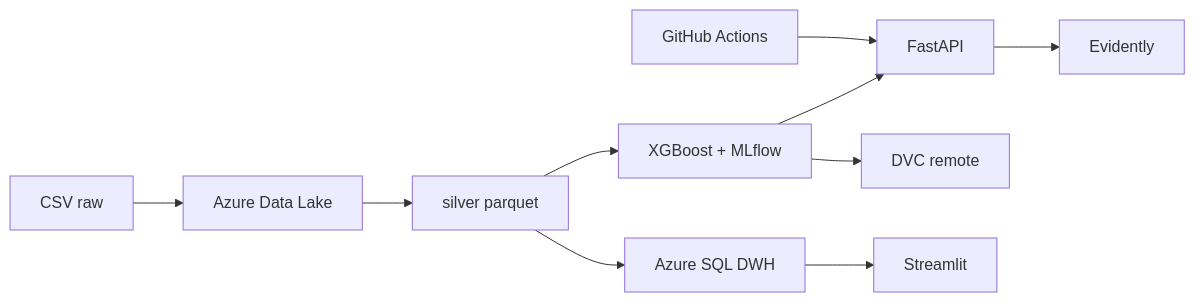
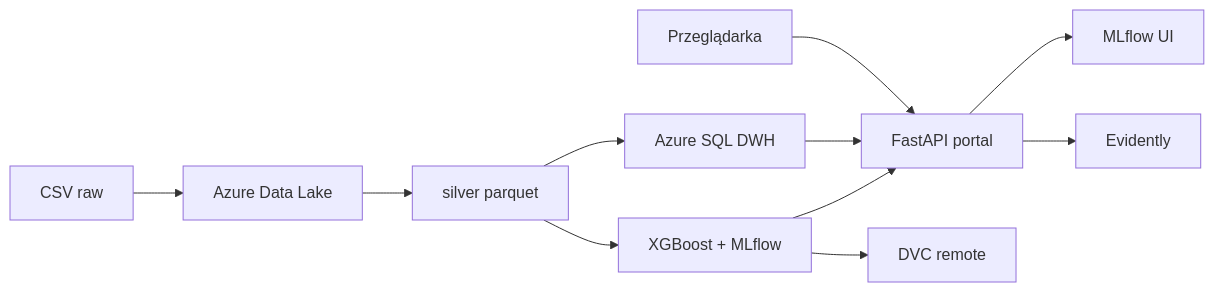
The diagram in readme.md (Marcin00000/HdProjekt), drawn with Mermaid before and after one commit. The commit also changed other lines of this file and 2 other files, not shown here.

````diff
--- a/readme.md
+++ b/readme.md
@@ -22,12 +22,13 @@
 ```mermaid
 flowchart LR
   CSV[CSV raw] --> Lake[Azure Data Lake]
   Lake --> Silver[silver parquet]
   Silver --> SQL[Azure SQL DWH]
   Silver --> Train[XGBoost + MLflow]
-  Train --> API[FastAPI]
+  Train --> Portal[FastAPI portal]
   Train --> DVC[DVC remote]
-  SQL --> Dash[Streamlit]
-  API --> Evidently[Evidently]
-  GHA[GitHub Actions] --> API
+  SQL --> Portal
+  Portal --> MLflow[MLflow UI]
+  Portal --> Evidently[Evidently]
+  User[Przeglądarka] --> Portal
 ```
````
